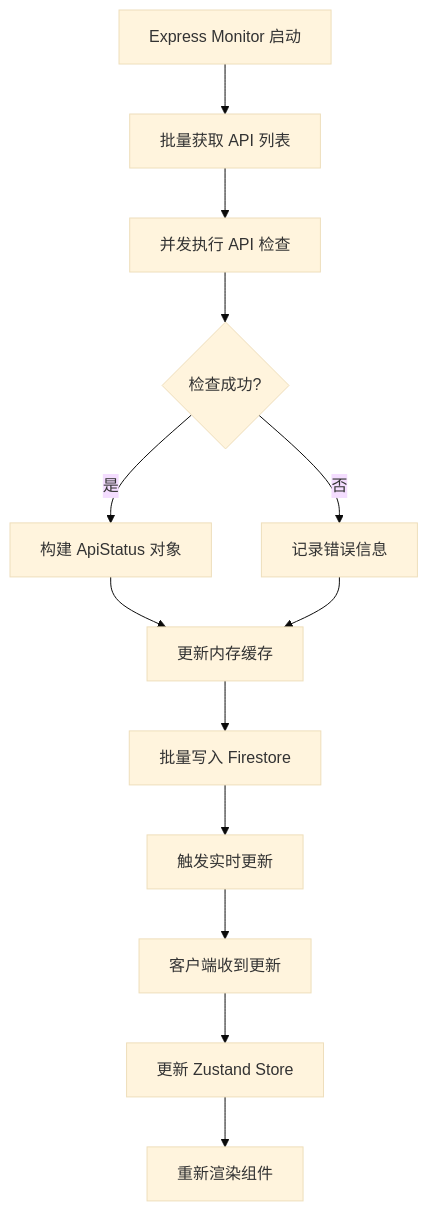
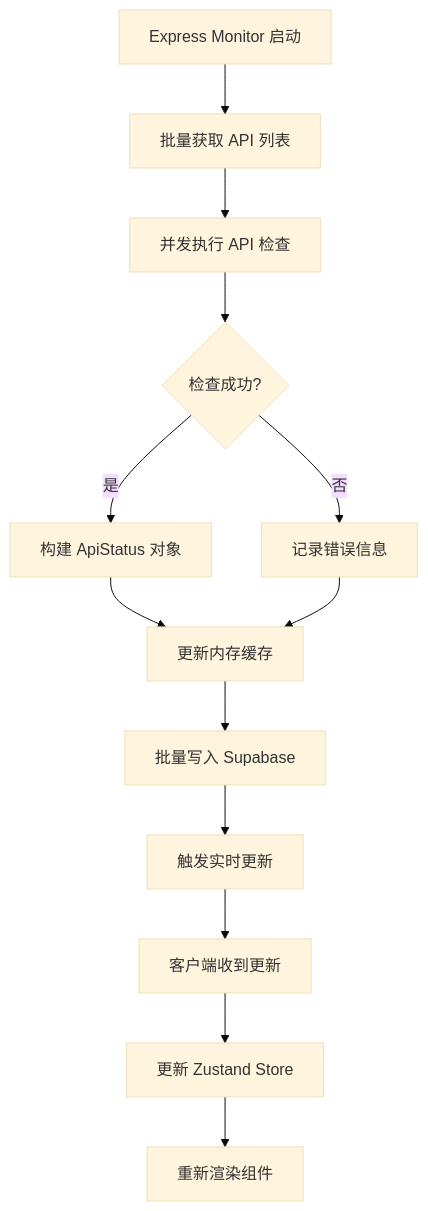
The second of 9 diagrams in openspec/data.md (AjaCHN/LLM-API-Sentinel), drawn with Mermaid (base theme) before and after one commit. The commit also changed other lines of this file and 5 other files, not shown here.

````diff
--- a/openspec/data.md
+++ b/openspec/data.md
@@ -159,19 +159,19 @@
 ```mermaid
 flowchart TD
     A[Express Monitor 启动] --> B[批量获取 API 列表]
     B --> C[并发执行 API 检查]
     C --> D{检查成功?}
     
     D -->|是| E[构建 ApiStatus 对象]
     D -->|否| F[记录错误信息]
     
     E --> G[更新内存缓存]
     F --> G
     
-    G --> H[批量写入 Firestore]
+    G --> H[批量写入 Supabase]
     H --> I[触发实时更新]
     I --> J[客户端收到更新]
     
     J --> K[更新 Zustand Store]
     K --> L[重新渲染组件]
 ```
````
